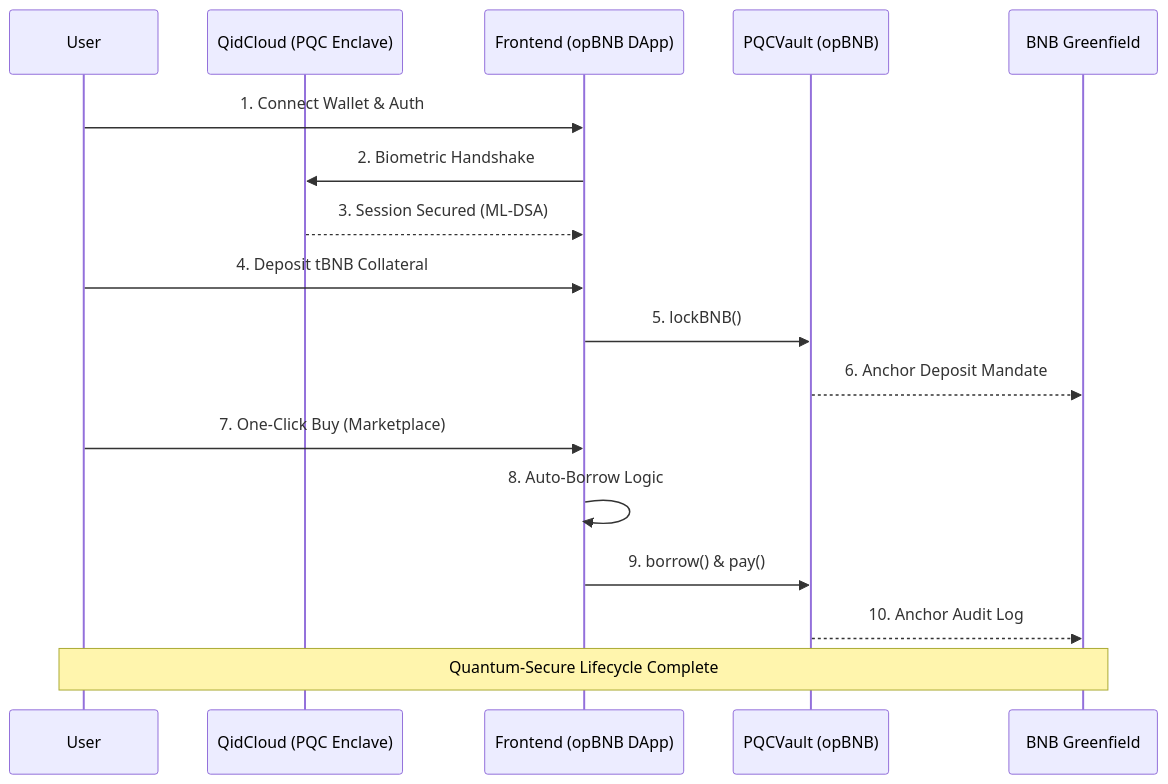
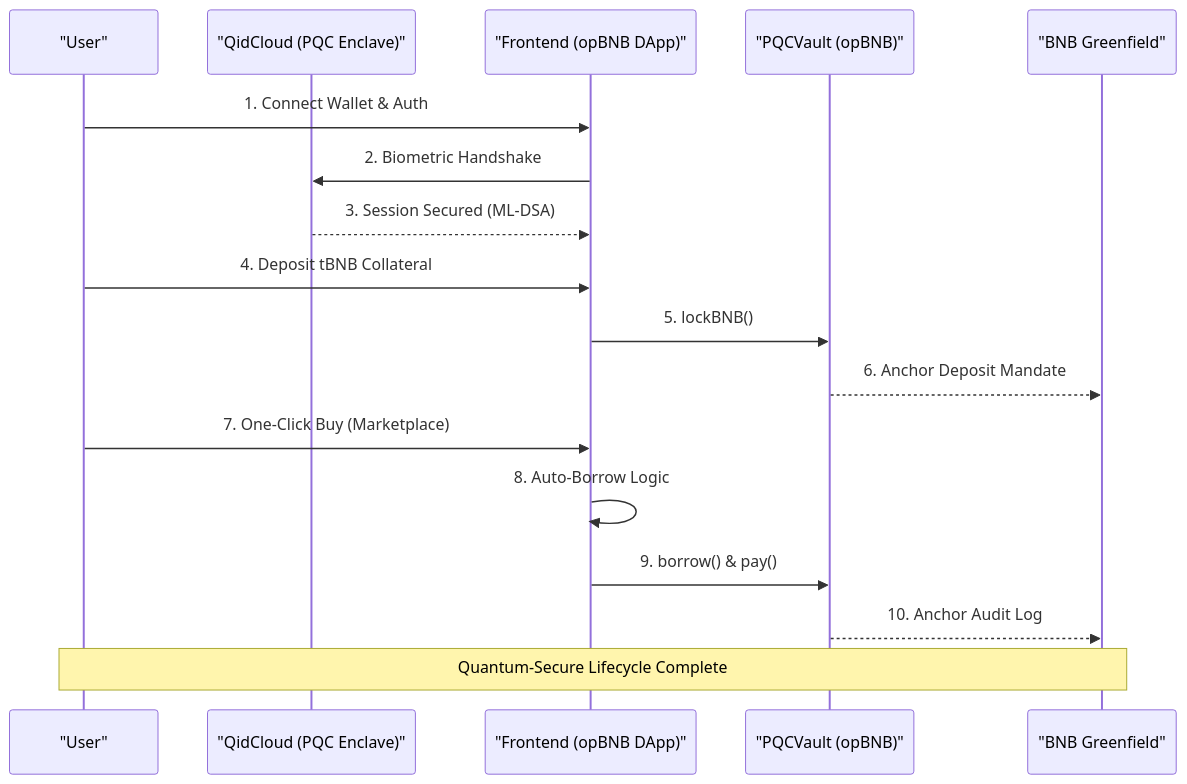
One commit to CHANDU32455/BNB_CollatoralCreditSystem changed the diagram in docs/SUBMISSION.md. Above: the diagram before and after it, drawn with Mermaid. The commit also changed other lines of this file and 2 other files, not shown here.

Commit message:
Added ASCII visual fallbacks to all documentation for universal compatibility; Enhanced root README with protocol trinity diagram; Ensured no image dependencies for core documentation

````diff
--- a/docs/SUBMISSION.md
+++ b/docs/SUBMISSION.md
@@ -28,20 +28,20 @@
 ```mermaid
 sequenceDiagram
-    participant U as User
-    participant Q as QidCloud (PQC Enclave)
-    participant F as Frontend (opBNB DApp)
-    participant V as PQCVault (opBNB)
-    participant G as BNB Greenfield
+    participant U as "User"
+    participant Q as "QidCloud (PQC Enclave)"
+    participant F as "Frontend (opBNB DApp)"
+    participant V as "PQCVault (opBNB)"
+    participant G as "BNB Greenfield"
 
     U->>F: 1. Connect Wallet & Auth
     F->>Q: 2. Biometric Handshake
     Q-->>F: 3. Session Secured (ML-DSA)
     U->>F: 4. Deposit tBNB Collateral
     F->>V: 5. lockBNB()
     V-->>G: 6. Anchor Deposit Mandate
     U->>F: 7. One-Click Buy (Marketplace)
     F->>F: 8. Auto-Borrow Logic
     F->>V: 9. borrow() & pay()
     V-->>G: 10. Anchor Audit Log
     Note over U,G: Quantum-Secure Lifecycle Complete
 ```
````
